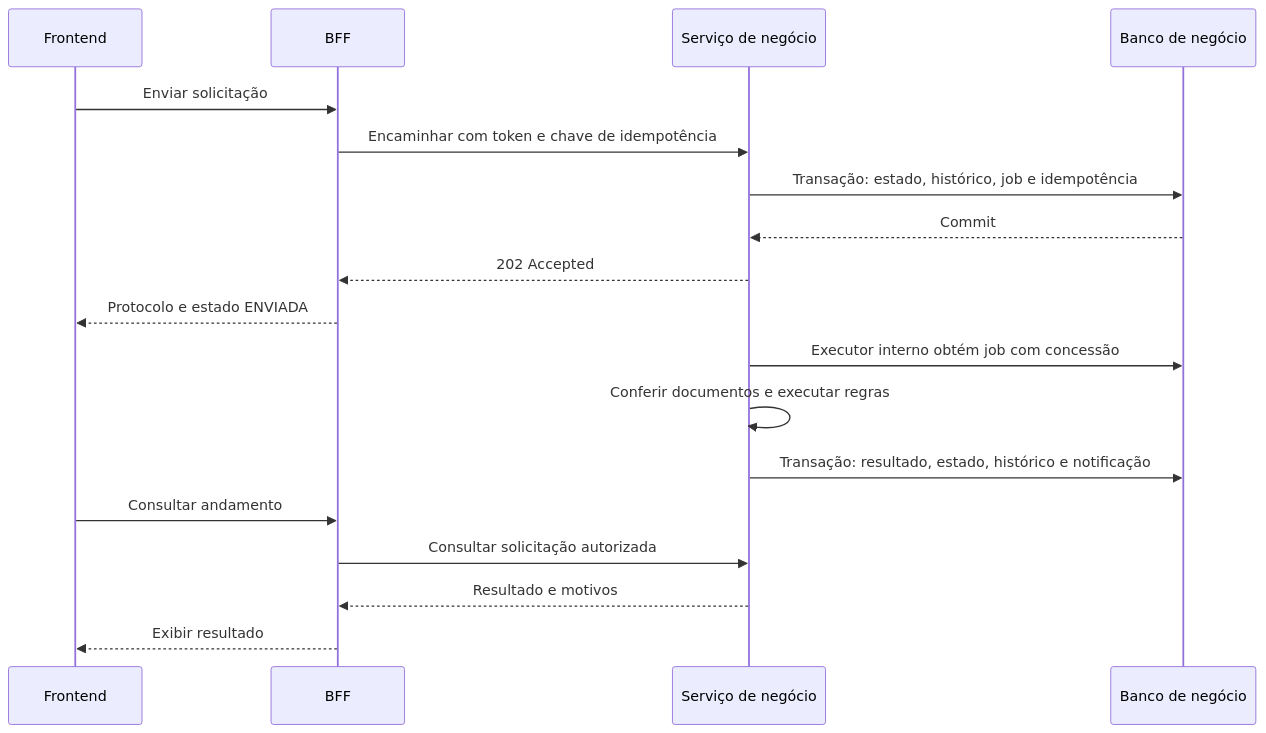
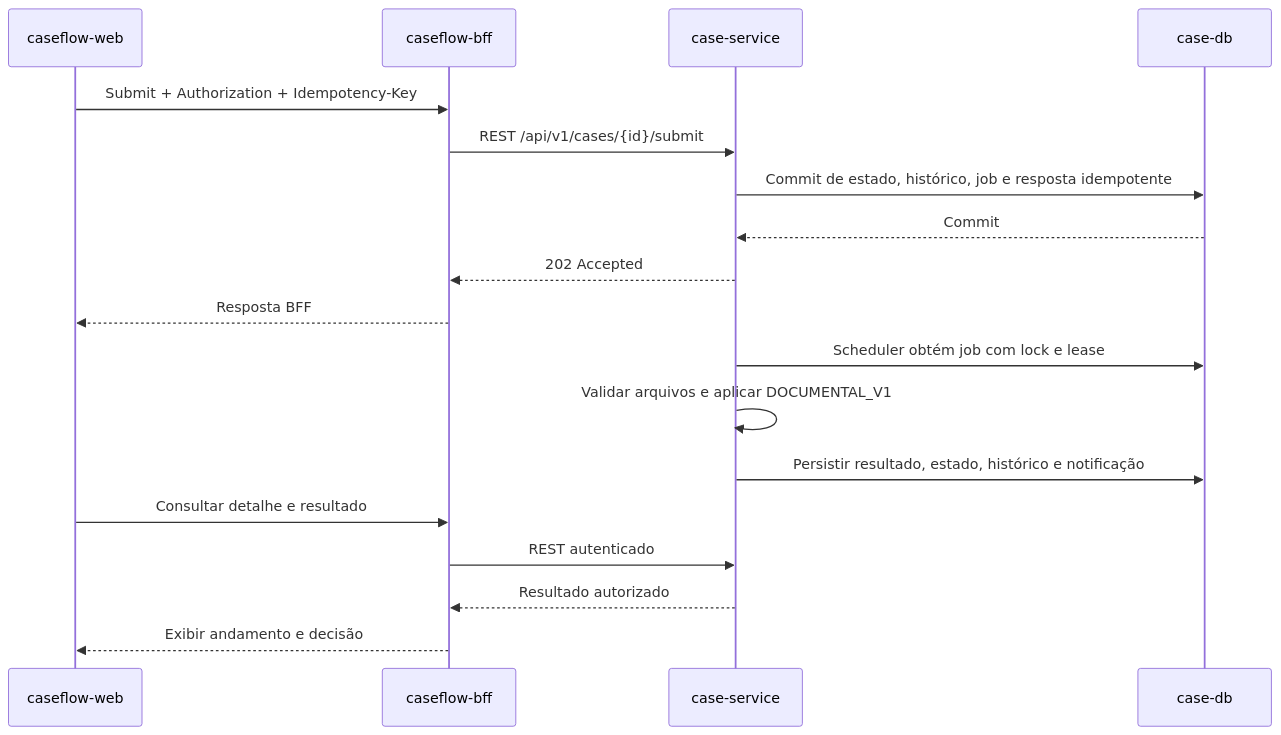
One commit to mari-paz-ft/caseflow changed the third of 4 diagrams in docs/CaseFlow-Arquitetura-Pratica.md. Above: the diagram before and after it, drawn with Mermaid. The commit also changed other lines of this file and 178 other files, not shown here.

````diff
--- a/docs/CaseFlow-Arquitetura-Pratica.md
+++ b/docs/CaseFlow-Arquitetura-Pratica.md
@@ -316,20 +247,20 @@
 ```mermaid
 sequenceDiagram
-    participant UI as Frontend
-    participant BFF as BFF
-    participant CORE as Serviço de negócio
-    participant DB as Banco de negócio
-    UI->>BFF: Enviar solicitação
-    BFF->>CORE: Encaminhar com token e chave de idempotência
-    CORE->>DB: Transação: estado, histórico, job e idempotência
+    participant UI as caseflow-web
+    participant BFF as caseflow-bff
+    participant CORE as case-service
+    participant DB as case-db
+    UI->>BFF: Submit + Authorization + Idempotency-Key
+    BFF->>CORE: REST /api/v1/cases/{id}/submit
+    CORE->>DB: Commit de estado, histórico, job e resposta idempotente
     DB-->>CORE: Commit
     CORE-->>BFF: 202 Accepted
-    BFF-->>UI: Protocolo e estado ENVIADA
-    CORE->>DB: Executor interno obtém job com concessão
-    CORE->>CORE: Conferir documentos e executar regras
-    CORE->>DB: Transação: resultado, estado, histórico e notificação
-    UI->>BFF: Consultar andamento
-    BFF->>CORE: Consultar solicitação autorizada
-    CORE-->>BFF: Resultado e motivos
-    BFF-->>UI: Exibir resultado
+    BFF-->>UI: Resposta BFF
+    CORE->>DB: Scheduler obtém job com lock e lease
+    CORE->>CORE: Validar arquivos e aplicar DOCUMENTAL_V1
+    CORE->>DB: Persistir resultado, estado, histórico e notificação
+    UI->>BFF: Consultar detalhe e resultado
+    BFF->>CORE: REST autenticado
+    CORE-->>BFF: Resultado autorizado
+    BFF-->>UI: Exibir andamento e decisão
 ```
````
